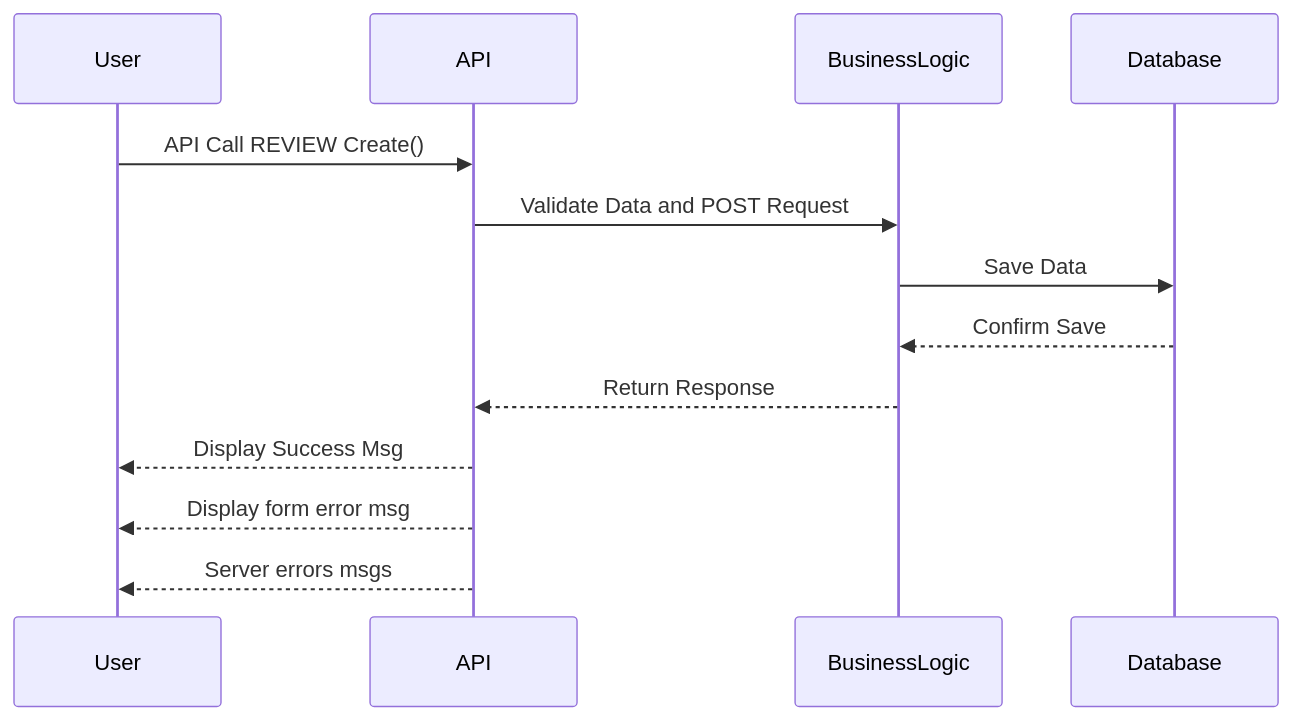
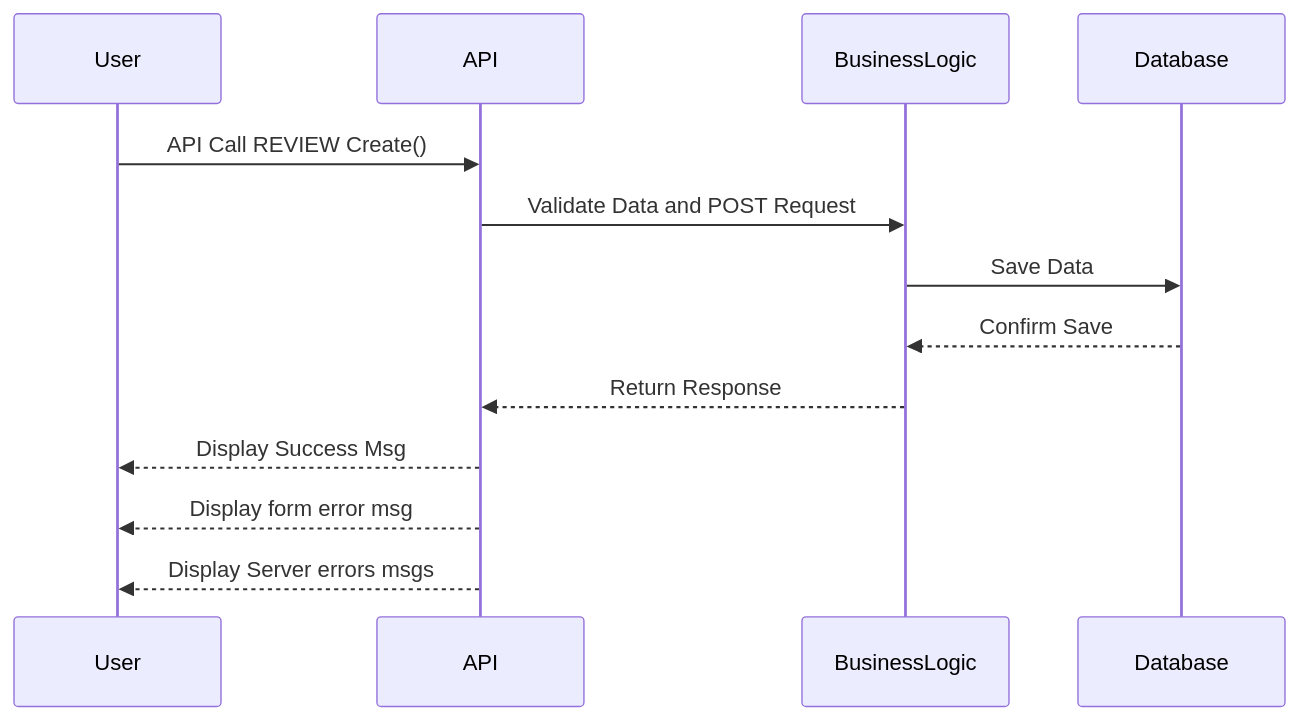
Before and after one commit to JulieRaph/holbertonschool-hbnb: the third of 4 diagrams in part_1/sequence_diagrams.md, drawn with Mermaid. The commit also changed other lines of this file, not shown here.

````diff
--- a/part_1/sequence_diagrams.md
+++ b/part_1/sequence_diagrams.md
@@ -47,16 +47,16 @@
 ```mermaid
 sequenceDiagram
 participant User
 participant API
 participant BusinessLogic
 participant Database
 
 User->>API: API Call REVIEW Create()
 API->>BusinessLogic: Validate Data and POST Request
 BusinessLogic->>Database: Save Data
 Database-->>BusinessLogic: Confirm Save
 BusinessLogic-->>API: Return Response
 API -->> User: Display Success Msg
 API -->> User: Display form error msg
-API -->> User: Server errors msgs
+API -->> User: Display Server errors msgs
 ```
````
